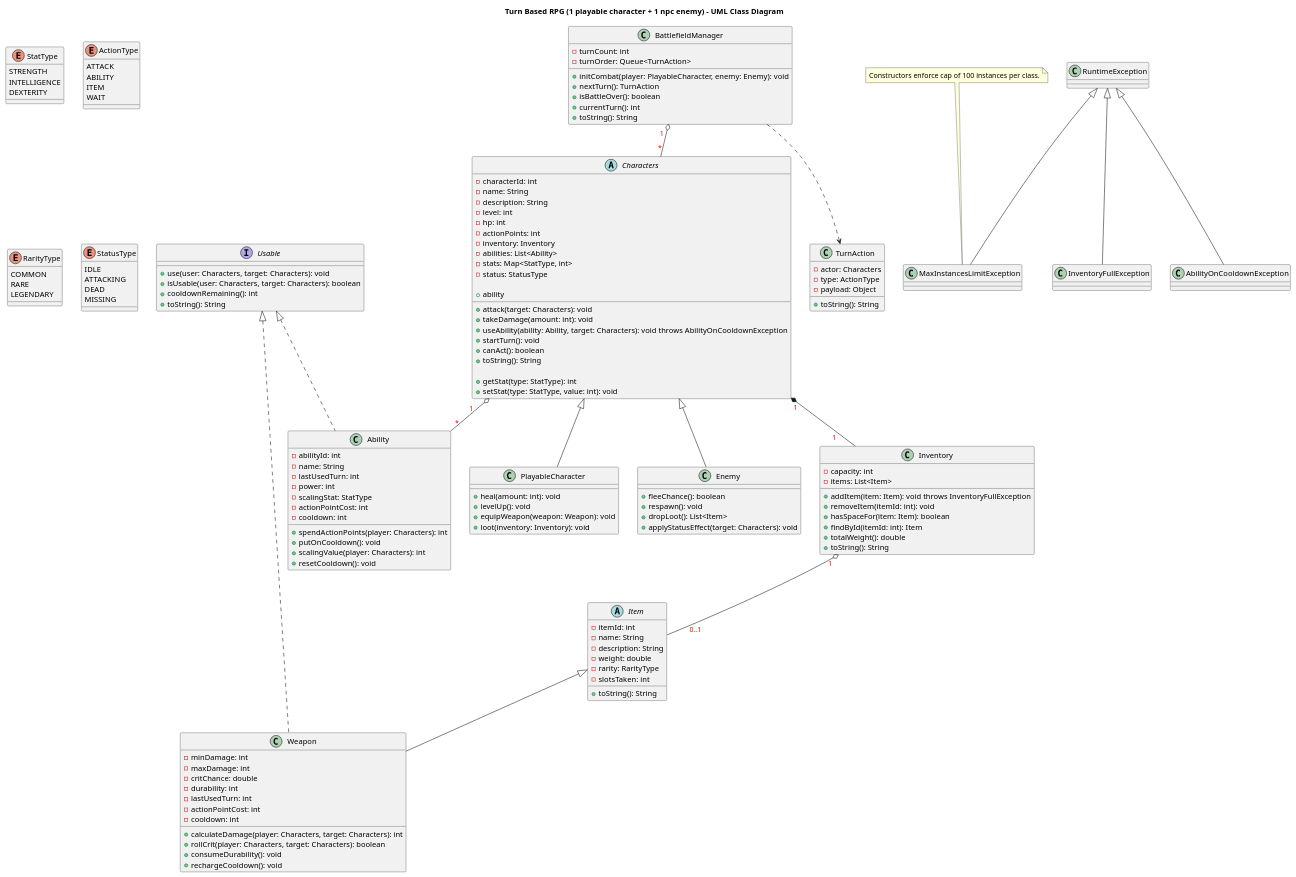
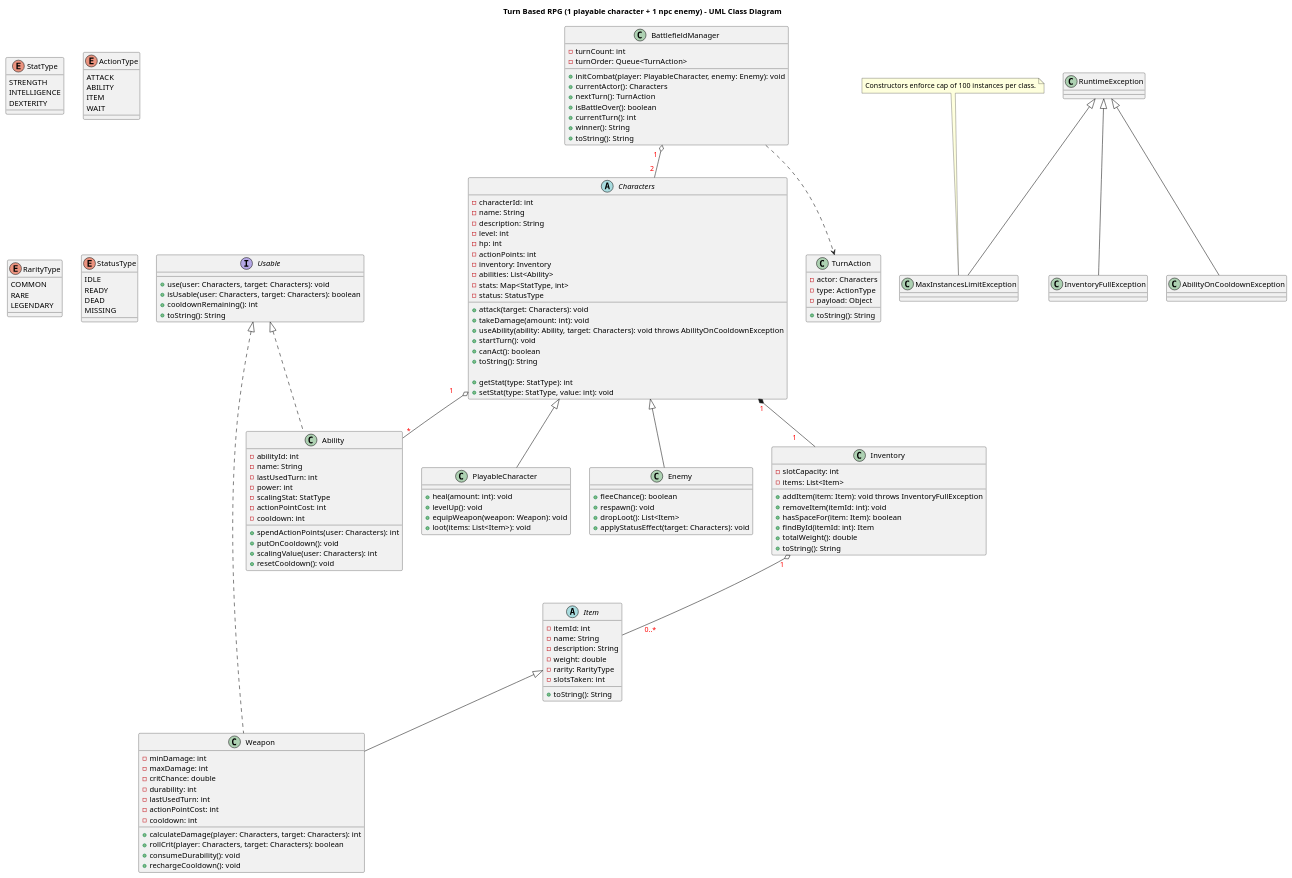
Before and after one commit to ray-sjsu/cs-151-fall-2025-project: the diagram in turn-based-rpg-uml-diagram.puml, drawn with PlantUML. The commit also changed 1 other file, not shown here.

Commit message:
UML V2. Update Diagram IMG.

```diff
--- a/turn-based-rpg-uml-diagram.puml
+++ b/turn-based-rpg-uml-diagram.puml
@@ -1,162 +1,163 @@
 @startuml
 title Turn Based RPG (1 playable character + 1 npc enemy) - UML Class Diagram
 
 ' @Enums
 enum StatType {
     STRENGTH
     INTELLIGENCE
     DEXTERITY
 }
 enum ActionType {
     ATTACK
     ABILITY
     ITEM
     WAIT
 }
 enum RarityType {
     COMMON
     RARE
     LEGENDARY
 }
 enum StatusType {
     IDLE
-    ATTACKING
+    READY
     DEAD
     MISSING
 }
 
 ' @Interfaces
 interface Usable {
     +use(user: Characters, target: Characters): void
     +isUsable(user: Characters, target: Characters): boolean
     +cooldownRemaining(): int
     +toString(): String
 }
 
 ' @Exceptions
 class MaxInstancesLimitException extends RuntimeException
 class InventoryFullException extends RuntimeException
 class AbilityOnCooldownException extends RuntimeException
 
 ' @Characters
 abstract class Characters {
     - characterId: int
     - name: String
     - description: String
     - level: int
     - hp: int
     - actionPoints: int
     - inventory: Inventory
     - abilities: List<Ability>
     - stats: Map<StatType, int>
     - status: StatusType
 
     +attack(target: Characters): void
     +takeDamage(amount: int): void
     +useAbility(ability: Ability, target: Characters): void throws AbilityOnCooldownException
     +startTurn(): void
-    +ability
     +canAct(): boolean
     +toString(): String
 
     +getStat(type: StatType): int
     +setStat(type: StatType, value: int): void
 }
 class PlayableCharacter extends Characters {
     +heal(amount: int): void
     +levelUp(): void
     +equipWeapon(weapon: Weapon): void
-    +loot(inventory: Inventory): void
+    +loot(items: List<Item>): void
 }
 class Enemy extends Characters {
     +fleeChance(): boolean
     +respawn(): void
     +dropLoot(): List<Item>
     +applyStatusEffect(target: Characters): void
 }
 
 ' @Inventory, Items, Weapons, and Abilities
 class Inventory {
-    -capacity: int
+    -slotCapacity: int
     -items: List<Item>
 
     +addItem(item: Item): void throws InventoryFullException
     +removeItem(itemId: int): void
     +hasSpaceFor(item: Item): boolean
     +findById(itemId: int): Item
     +totalWeight(): double
     +toString(): String
 }
 abstract class Item {
     -itemId: int
     -name: String
     -description: String
     -weight: double
     -rarity: RarityType
     -slotsTaken: int
 
     +toString(): String
 }
 class Weapon extends Item implements Usable {
     -minDamage: int
     -maxDamage: int
     -critChance: double
     -durability: int
     -lastUsedTurn: int
     -actionPointCost: int
     -cooldown: int
 
     +calculateDamage(player: Characters, target: Characters): int
     +rollCrit(player: Characters, target: Characters): boolean
     +consumeDurability(): void
     +rechargeCooldown(): void
 }
 class Ability implements Usable {
     -abilityId: int
     -name: String
     -lastUsedTurn: int
     -power: int
     -scalingStat: StatType
     -actionPointCost: int
     -cooldown: int
 
-    +spendActionPoints(player: Characters): int
+    +spendActionPoints(user: Characters): int
     +putOnCooldown(): void
-    +scalingValue(player: Characters): int
+    +scalingValue(user: Characters): int
     +resetCooldown(): void
 }
 
 ' @BattleFieldManager and TurnAction
 class BattlefieldManager {
     -turnCount: int
     -turnOrder: Queue<TurnAction>
 
     +initCombat(player: PlayableCharacter, enemy: Enemy): void
+    +currentActor(): Characters
     +nextTurn(): TurnAction
     +isBattleOver(): boolean
     +currentTurn(): int
+    +winner(): String
     +toString(): String
 }
 class TurnAction {
     -actor: Characters
     -type: ActionType
     -payload: Object
 
     +toString(): String
 }
 
 ' @Relationships
 Characters "<color:red>1</color>" *-- "<color:red>1       </color>" Inventory
 Characters "<color:red>1      </color>" o-- "<color:red>*</color>" Ability
 
-Inventory "<color:red>  1</color>" o-- "<color:red>          0..1</color>" Item
+Inventory "<color:red>  1</color>" o-- "<color:red>          0..*</color>" Item
 
-BattlefieldManager "<color:red>1  </color>" o-- "<color:red>*</color>" Characters
+BattlefieldManager "<color:red>1  </color>" o-- "<color:red>2 </color>" Characters
 BattlefieldManager ..> TurnAction
 
 
 note top of MaxInstancesLimitException
 Constructors enforce cap of 100 instances per class.
 end note
 
 @enduml
```
